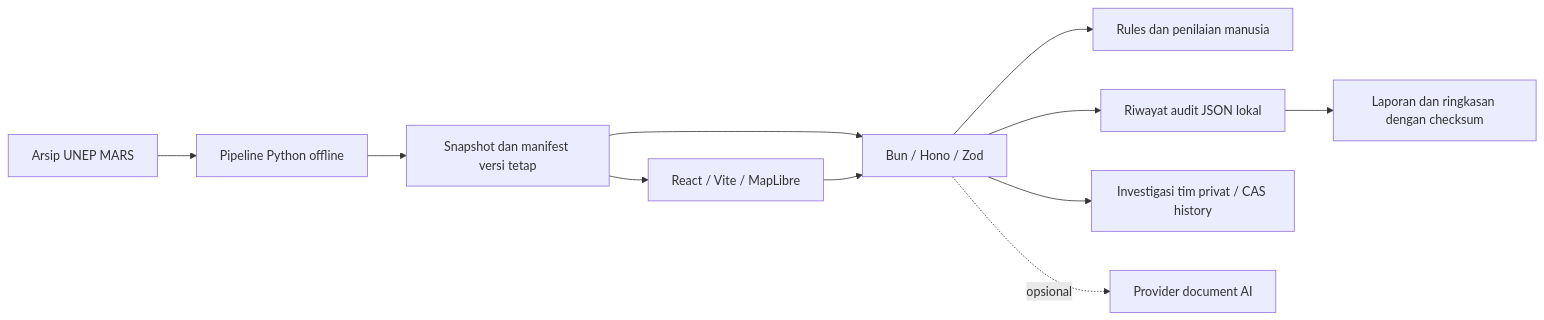
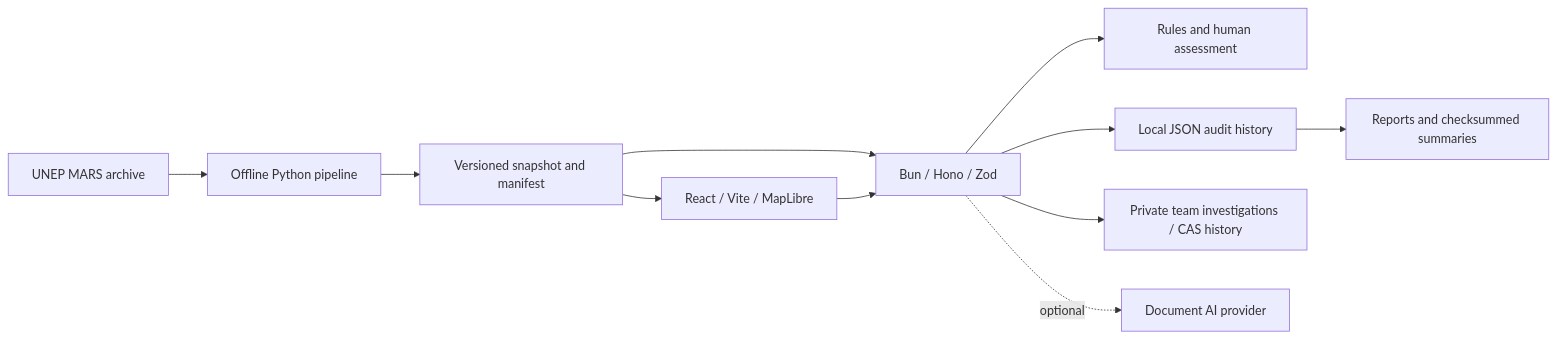
Before and after one commit to AndroLay/MethaneResponse: the second of 2 diagrams in README.md, drawn with Mermaid. The commit also changed other lines of this file and 127 other files, not shown here.

````diff
--- a/README.md
+++ b/README.md
@@ -126,13 +127,13 @@
 ```mermaid
 flowchart LR
-  RAW[Arsip UNEP MARS] --> PIPE[Pipeline Python offline]
-  PIPE --> DATA[Snapshot dan manifest versi tetap]
+  RAW[UNEP MARS archive] --> PIPE[Offline Python pipeline]
+  PIPE --> DATA[Versioned snapshot and manifest]
   DATA --> WEB[React / Vite / MapLibre]
   DATA --> API[Bun / Hono / Zod]
   WEB --> API
-  API --> RULES[Rules dan penilaian manusia]
-  API --> STORE[Riwayat audit JSON lokal]
-  API --> TEAM[Investigasi tim privat / CAS history]
-  API -. opsional .-> AI[Provider document AI]
-  STORE --> EXPORT[Laporan dan ringkasan dengan checksum]
+  API --> RULES[Rules and human assessment]
+  API --> STORE[Local JSON audit history]
+  API --> TEAM[Private team investigations / CAS history]
+  API -. optional .-> AI[Document AI provider]
+  STORE --> EXPORT[Reports and checksummed summaries]
 ```
````
